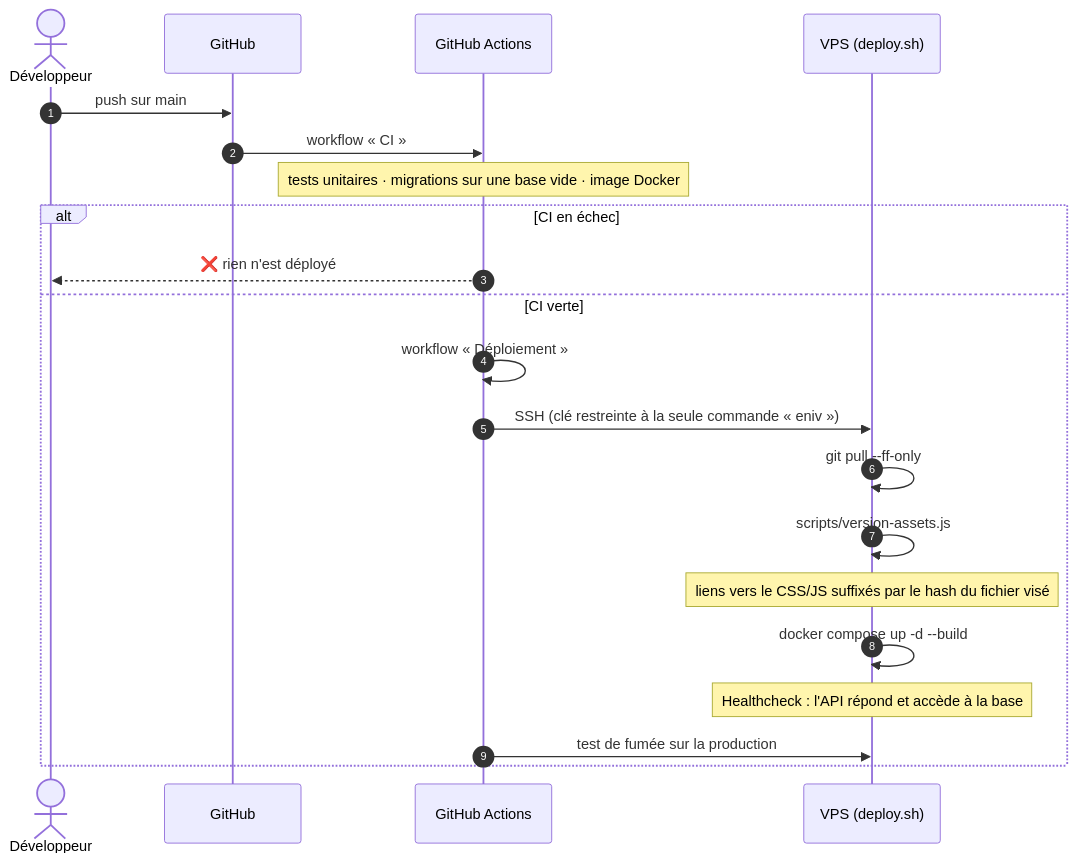
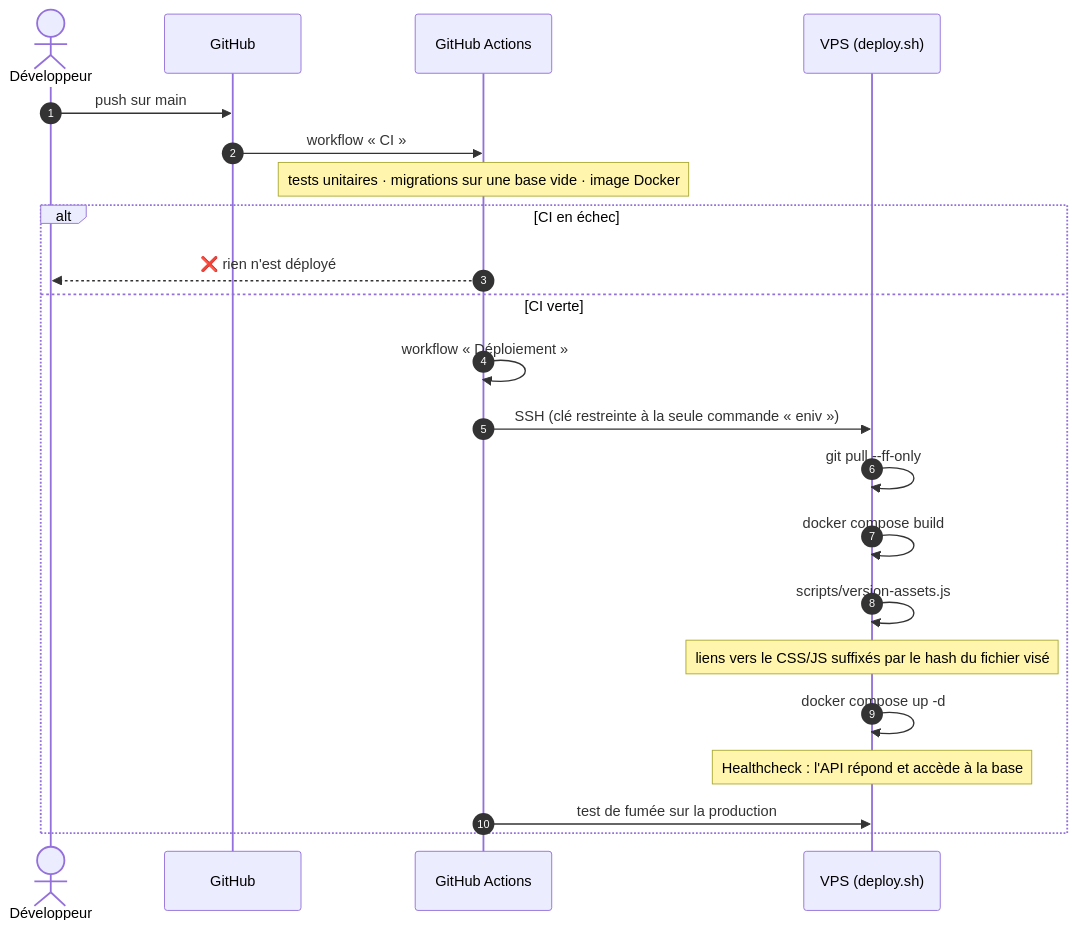
One commit to ENIV-ENT/ENIV changed the second of 2 diagrams in README.md. Above: the diagram before and after it, drawn with Mermaid. The commit also changed 1 other file, not shown here.

Commit message:
ci(deploiement): construire l'image avant de versionner les assets
Le versionnement utilisait l'image de base du Dockerfile, qui n'est pas gardée en local après un build : chaque montée de version de Node imposait un téléchargement entre le pull et la relance du conteneur. Le script tourne maintenant avec l'image de l'app, construite juste avant.

````diff
--- a/README.md
+++ b/README.md
@@ -215,23 +215,24 @@
 ```mermaid
 sequenceDiagram
     autonumber
     actor Dev as Développeur
     participant GH as GitHub
     participant GA as GitHub Actions
     participant VPS as VPS (deploy.sh)
     Dev->>GH: push sur main
     GH->>GA: workflow « CI »
     Note over GA: tests unitaires · migrations sur une base vide · image Docker
     alt CI en échec
         GA-->>Dev: ❌ rien n'est déployé
     else CI verte
         GA->>GA: workflow « Déploiement »
         GA->>VPS: SSH (clé restreinte à la seule commande « eniv »)
         VPS->>VPS: git pull --ff-only
+        VPS->>VPS: docker compose build
         VPS->>VPS: scripts/version-assets.js
         Note over VPS: liens vers le CSS/JS suffixés par le hash du fichier visé
-        VPS->>VPS: docker compose up -d --build
+        VPS->>VPS: docker compose up -d
         Note over VPS: Healthcheck : l'API répond et accède à la base
         GA->>VPS: test de fumée sur la production
     end
 ```
````
